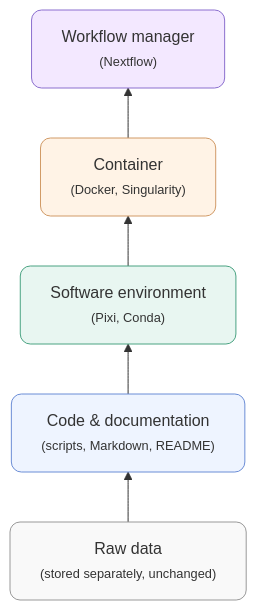
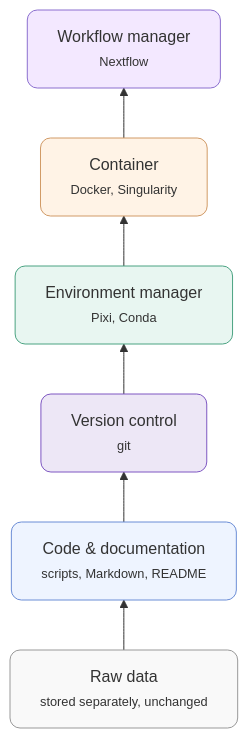
The diagram in homepage/data_management.qmd (amrei-bp/emplant_bioinformatics_course), drawn with Mermaid before and after one commit. The commit also changed other lines of this file and 3 other files, not shown here.

Commit message:
updated md practical, updated mermaid

````diff
--- a/homepage/data_management.qmd
+++ b/homepage/data_management.qmd
@@ -339,16 +337,19 @@
 ```{mermaid}
 flowchart BT
-  R["Raw data<br/><span style='font-size:0.8em'>(stored separately, unchanged)</span>"]:::raw
-  D["Code & documentation<br/><span style='font-size:0.8em'>(scripts, Markdown, README)</span>"]:::code
-  E["Software environment<br/><span style='font-size:0.8em'>(Pixi, Conda)</span>"]:::env
-  C["Container<br/><span style='font-size:0.8em'>(Docker, Singularity)</span>"]:::cont
-  W["Workflow manager<br/><span style='font-size:0.8em'>(Nextflow)</span>"]:::wf
+  R["Raw data<br/><span style='font-size:0.8em'>stored separately, unchanged</span>"]:::raw
+  D["Code & documentation<br/><span style='font-size:0.8em'>scripts, Markdown, README</span>"]:::code
+  V["Version control<br/><span style='font-size:0.8em'>git</span>"]:::vc
+  E["Environment manager<br/><span style='font-size:0.8em'>Pixi, Conda</span>"]:::env
+  C["Container<br/><span style='font-size:0.8em'>Docker, Singularity</span>"]:::cont
+  W["Workflow manager<br/><span style='font-size:0.8em'>Nextflow</span>"]:::wf
 
-  R --> D --> E --> C --> W
+  R --> D --> V --> E --> C --> W
 
   classDef raw  fill:#f9f9f9,stroke:#999,stroke-width:1px,rx:10,ry:10;
   classDef code fill:#eef4ff,stroke:#6b8dd6,stroke-width:1px,rx:10,ry:10;
+  classDef vc   fill:#ede7f6,stroke:#7e57c2,stroke-width:1px,rx:10,ry:10;
   classDef env  fill:#e8f6f1,stroke:#4aa382,stroke-width:1px,rx:10,ry:10;
   classDef cont fill:#fff3e6,stroke:#d19a66,stroke-width:1px,rx:10,ry:10;
   classDef wf   fill:#f3e8ff,stroke:#8b6fcf,stroke-width:1px,rx:10,ry:10;
+
 ```
````
